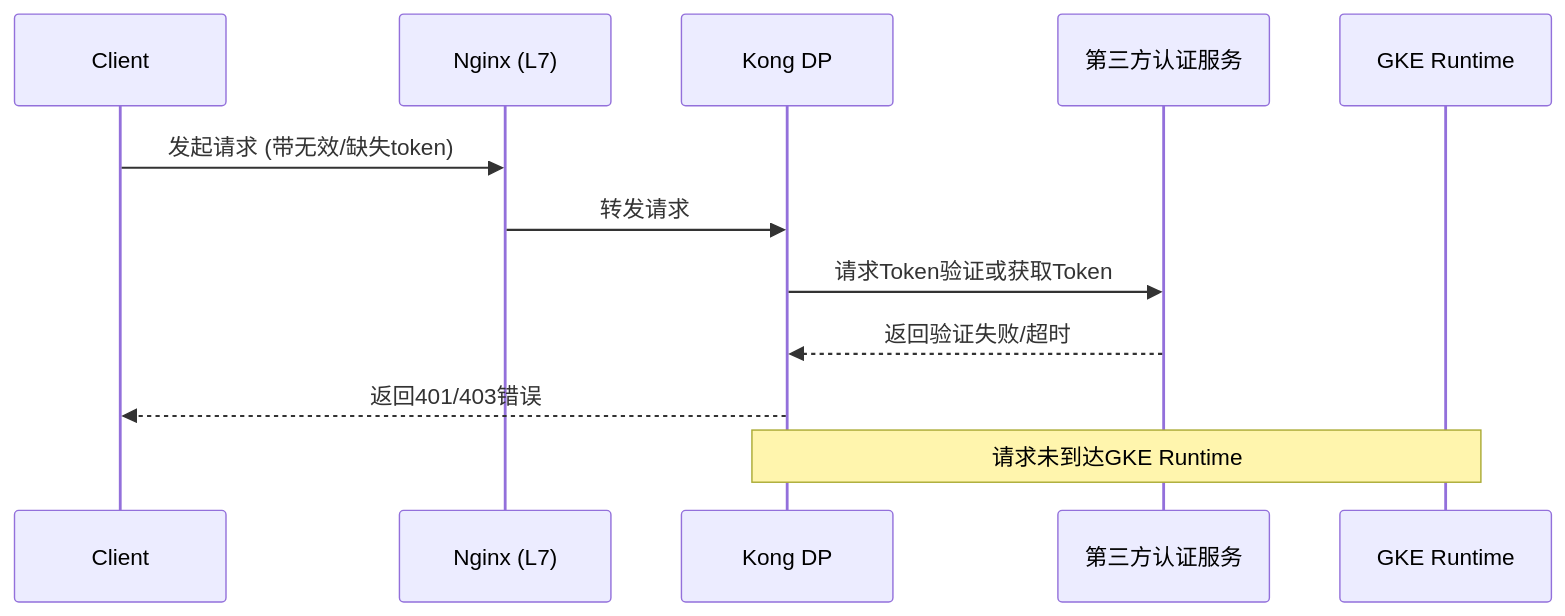
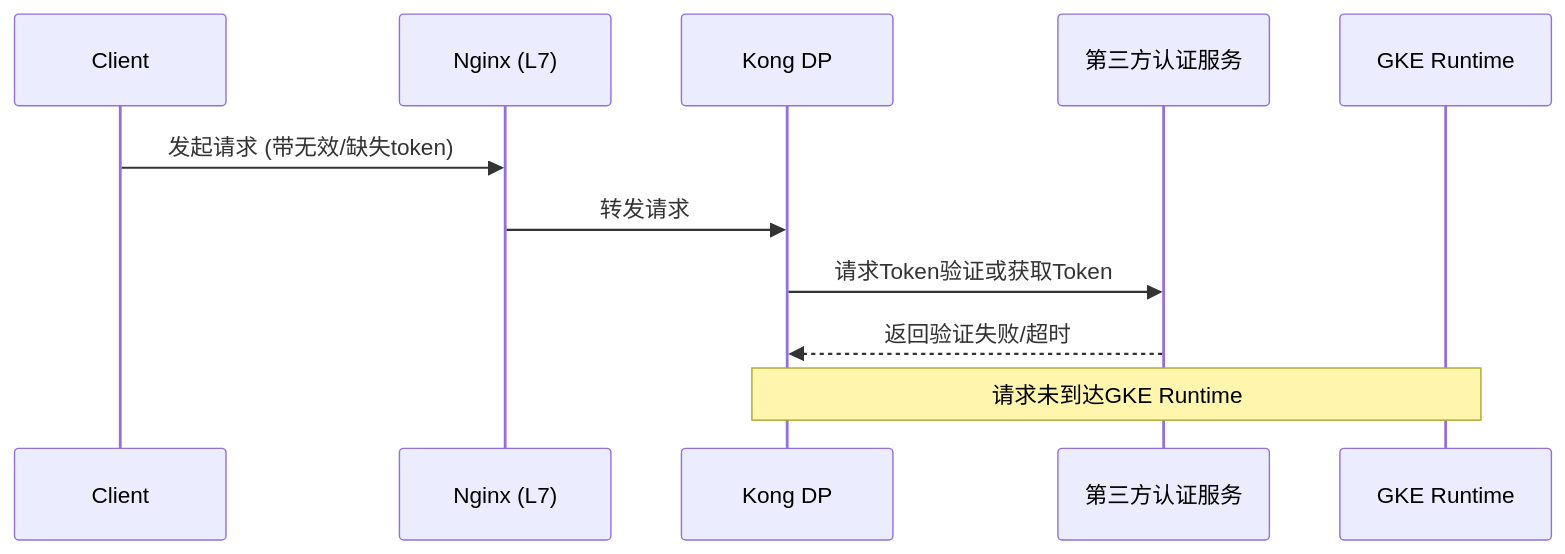
One commit to aibangjuxin/knowledge changed the first of 4 diagrams in kong/debug-kong.md. Above: the diagram before and after it, drawn with Mermaid. The commit also changed other lines of this file, not shown here.

Commit message:
This is for my iPad Pro git push or pull at Fri Oct 24 03:47:28 UTC 2025. Last changed file: kong/debug-kong.md

````diff
--- a/kong/debug-kong.md
+++ b/kong/debug-kong.md
@@ -16,27 +7,13 @@
 ```mermaid
 sequenceDiagram
-
     participant Client as Client
-
     participant Nginx as Nginx (L7)
-
     participant Kong as Kong DP
-
     participant Auth as 第三方认证服务
-
     participant GKERuntime as GKE Runtime
-
-  
-
     Client->>Nginx: 发起请求 (带无效/缺失token)
-
     Nginx->>Kong: 转发请求
-
     Kong->>Auth: 请求Token验证或获取Token
-
     Auth-->>Kong: 返回验证失败/超时
-
-    Kong-->>Client: 返回401/403错误
-
     Note over Kong,GKERuntime: 请求未到达GKE Runtime
 ```
````
